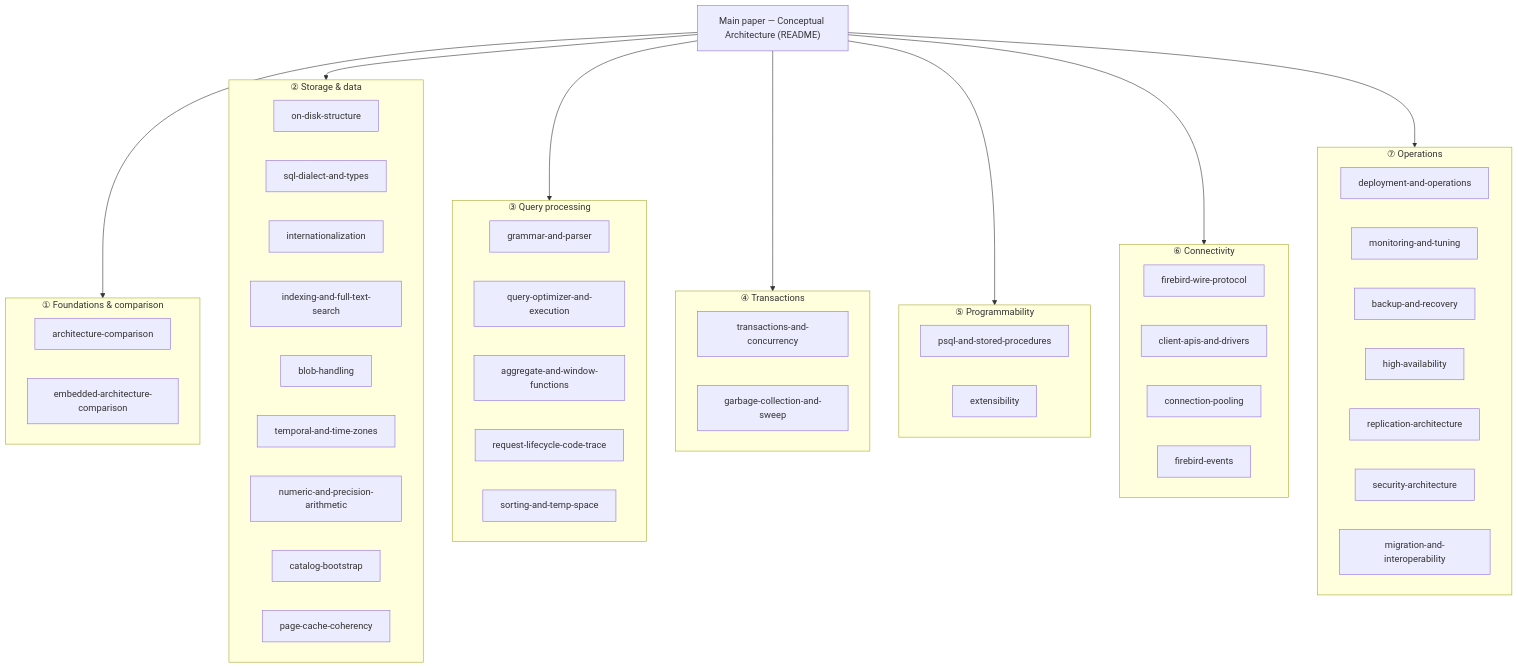
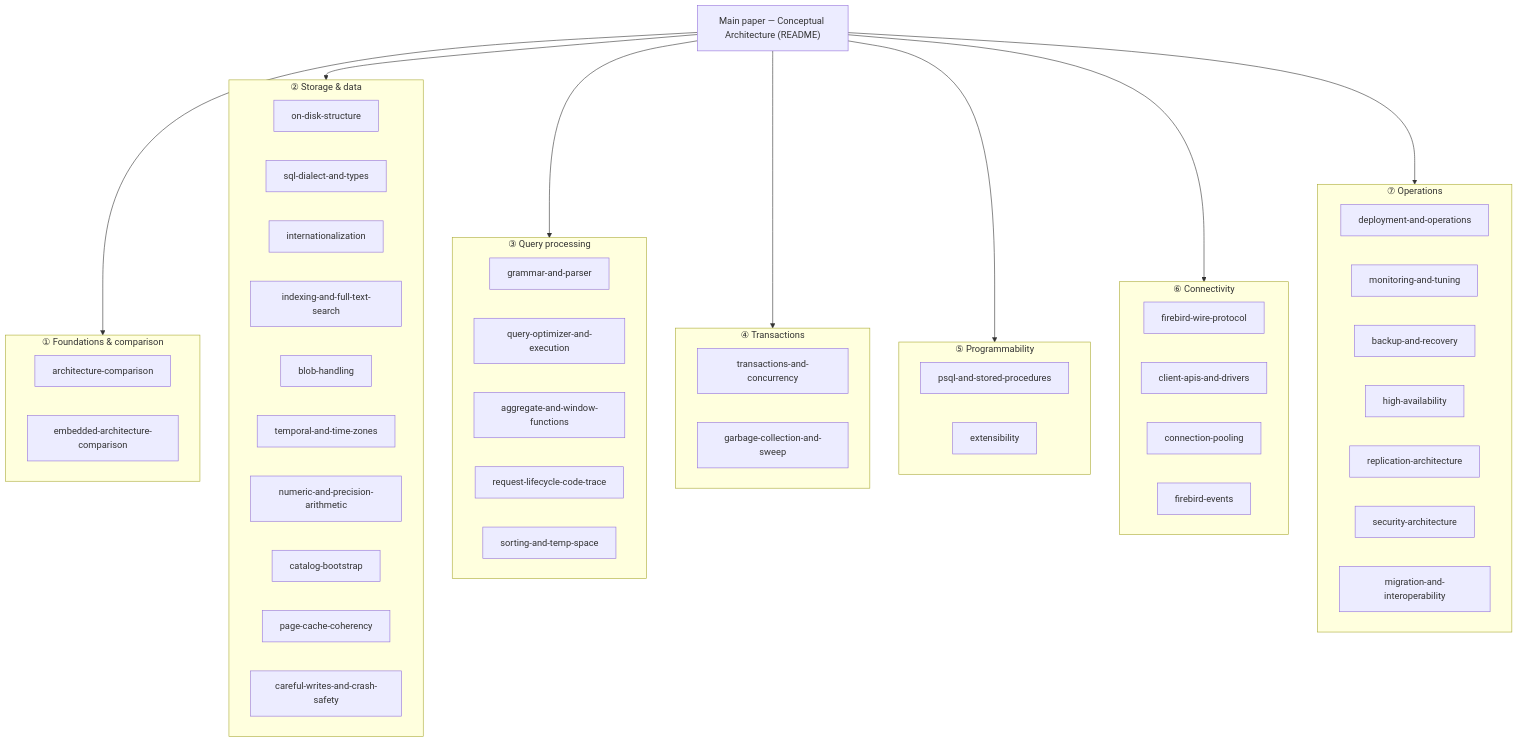
The diagram in READING-GUIDE.md (mariuz/conceptual-architecture-for-firebird-paper), drawn with Mermaid before and after one commit. The commit also changed other lines of this file and 2 other files, not shown here.

First line of the commit message:
Add careful-writes-and-crash-safety document with live kill -9 demo

````diff
--- a/READING-GUIDE.md
+++ b/READING-GUIDE.md
@@ -9,52 +9,53 @@
 ```mermaid
 flowchart TB
     PAPER["Main paper — Conceptual Architecture (README)"]
 
     PAPER --> T1 & T2 & T3 & T4 & T5 & T6 & T7
 
     subgraph T1["① Foundations & comparison"]
         A1["architecture-comparison"]
         A2["embedded-architecture-comparison"]
     end
     subgraph T2["② Storage & data"]
         B1["on-disk-structure"]
         B2["sql-dialect-and-types"]
         B3["internationalization"]
         B4["indexing-and-full-text-search"]
         B5["blob-handling"]
         B6["temporal-and-time-zones"]
         B7["numeric-and-precision-arithmetic"]
         B8["catalog-bootstrap"]
         B9["page-cache-coherency"]
+        B10["careful-writes-and-crash-safety"]
     end
     subgraph T3["③ Query processing"]
         C1["grammar-and-parser"]
         C2["query-optimizer-and-execution"]
         C3["aggregate-and-window-functions"]
         C4["request-lifecycle-code-trace"]
         C5["sorting-and-temp-space"]
     end
     subgraph T4["④ Transactions"]
         D1["transactions-and-concurrency"]
         D2["garbage-collection-and-sweep"]
     end
     subgraph T5["⑤ Programmability"]
         E1["psql-and-stored-procedures"]
         E2["extensibility"]
     end
     subgraph T6["⑥ Connectivity"]
         F1["firebird-wire-protocol"]
         F2["client-apis-and-drivers"]
         F3["connection-pooling"]
         F4["firebird-events"]
     end
     subgraph T7["⑦ Operations"]
         G1["deployment-and-operations"]
         G2["monitoring-and-tuning"]
         G3["backup-and-recovery"]
         G4["high-availability"]
         G5["replication-architecture"]
         G6["security-architecture"]
         G7["migration-and-interoperability"]
     end
 ```
````
